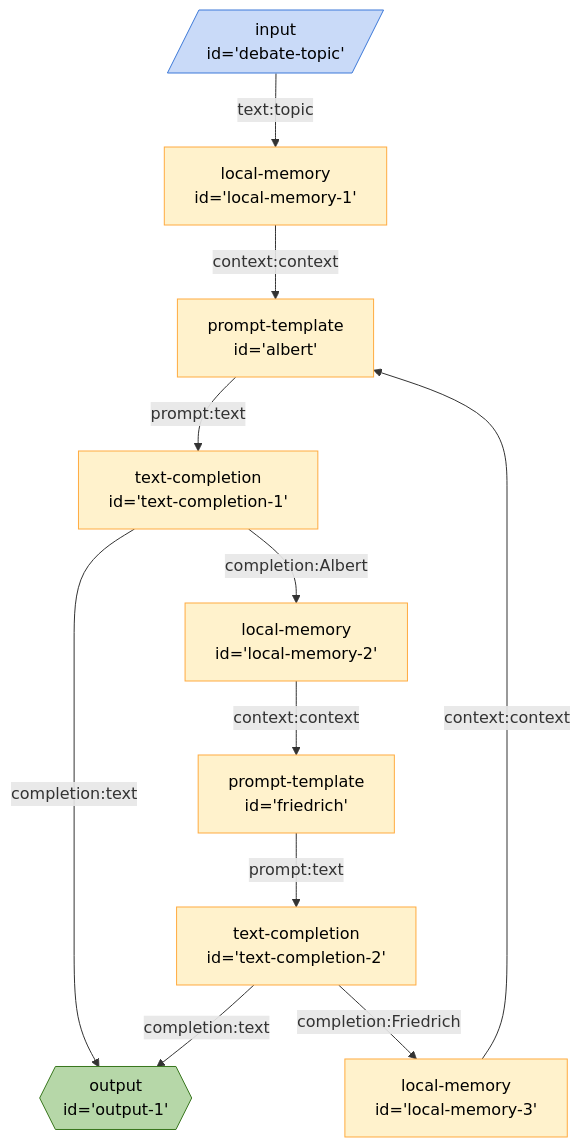
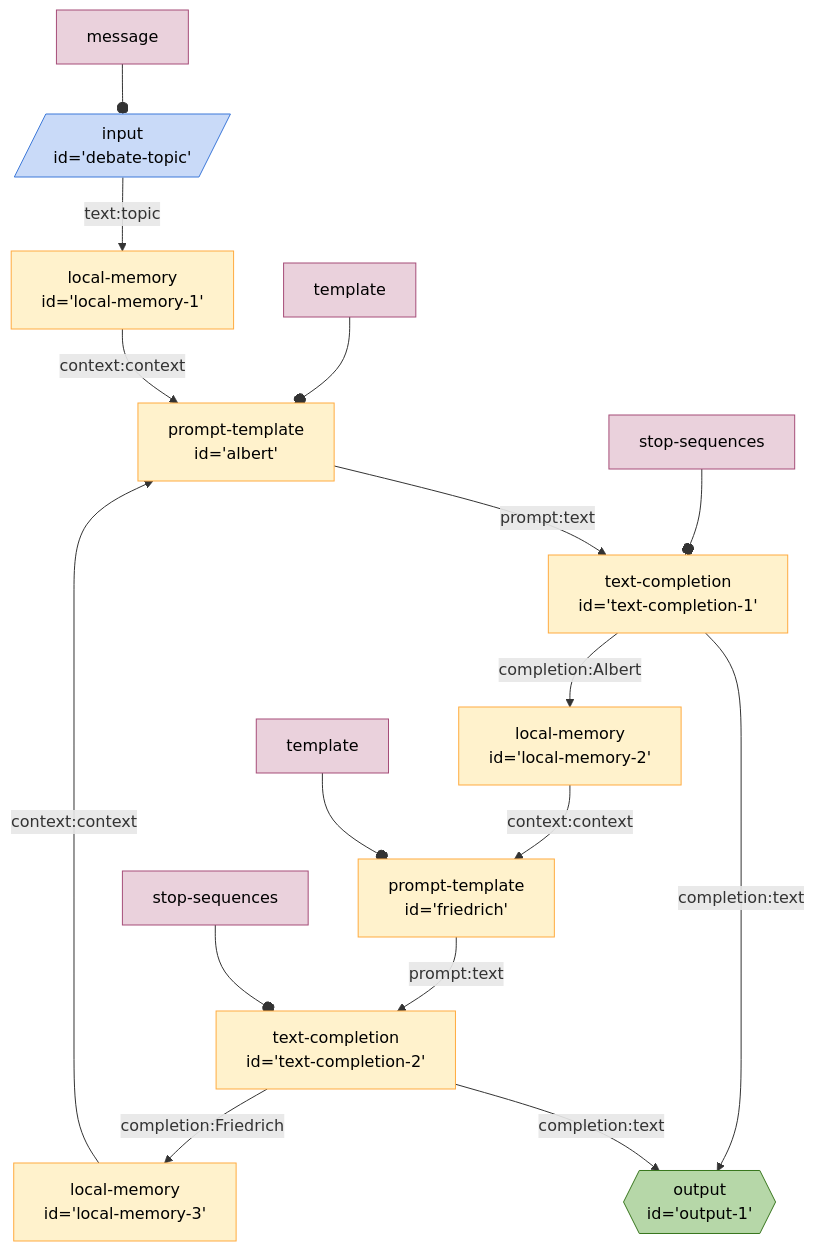
The diagram in seeds/graph-playground/docs/graphs/endless-debate.md (breadboard-ai/breadboard), drawn with Mermaid before and after one commit. The commit also changed 15 other files, not shown here.

First line of the commit message:
[graphs] Show `configuration` as constants.

````diff
--- a/seeds/graph-playground/docs/graphs/endless-debate.md
+++ b/seeds/graph-playground/docs/graphs/endless-debate.md
@@ -4,40 +4,46 @@
 ```mermaid
 %%{init: 'themeVariables': { 'fontFamily': 'Fira Code, monospace' }}%%
 graph TD;
 debatetopic[/"input
 id='debate-topic'"/]:::input -- text:topic --> localmemory1["local-memory
 id='local-memory-1'"]
 localmemory1["local-memory
 id='local-memory-1'"] -- context:context --> albert["prompt-template
 id='albert'"]
 albert["prompt-template
 id='albert'"] -- prompt:text --> textcompletion1["text-completion
 id='text-completion-1'"]
 textcompletion1["text-completion
 id='text-completion-1'"] -- completion:text --> output1{{"output
 id='output-1'"}}:::output
 textcompletion1["text-completion
 id='text-completion-1'"] -- completion:Albert --> localmemory2["local-memory
 id='local-memory-2'"]
 localmemory2["local-memory
 id='local-memory-2'"] -- context:context --> friedrich["prompt-template
 id='friedrich'"]
 friedrich["prompt-template
 id='friedrich'"] -- prompt:text --> textcompletion2["text-completion
 id='text-completion-2'"]
 textcompletion2["text-completion
 id='text-completion-2'"] -- completion:text --> output1{{"output
 id='output-1'"}}:::output
 textcompletion2["text-completion
 id='text-completion-2'"] -- completion:Friedrich --> localmemory3["local-memory
 id='local-memory-3'"]
 localmemory3["local-memory
 id='local-memory-3'"] -- context:context --> albert["prompt-template
 id='albert'"]
+messagedebatetopic[message]:::config --o debatetopic
+stopsequencestextcompletion1[stop-sequences]:::config --o textcompletion1
+stopsequencestextcompletion2[stop-sequences]:::config --o textcompletion2
+templatealbert[template]:::config --o albert
+templatefriedrich[template]:::config --o friedrich
 classDef default stroke:#ffab40,fill:#fff2ccff,color:#000
 classDef input stroke:#3c78d8,fill:#c9daf8ff,color:#000
 classDef output stroke:#38761d,fill:#b6d7a8ff,color:#000
 classDef passthrough stroke:#a64d79,fill:#ead1dcff,color:#000
 classDef slot stroke:#a64d79,fill:#ead1dcff,color:#000
+classDef config stroke:#a64d79,fill:#ead1dcff,color:#000
 classDef slotted stroke:#a64d79
 ```
````
